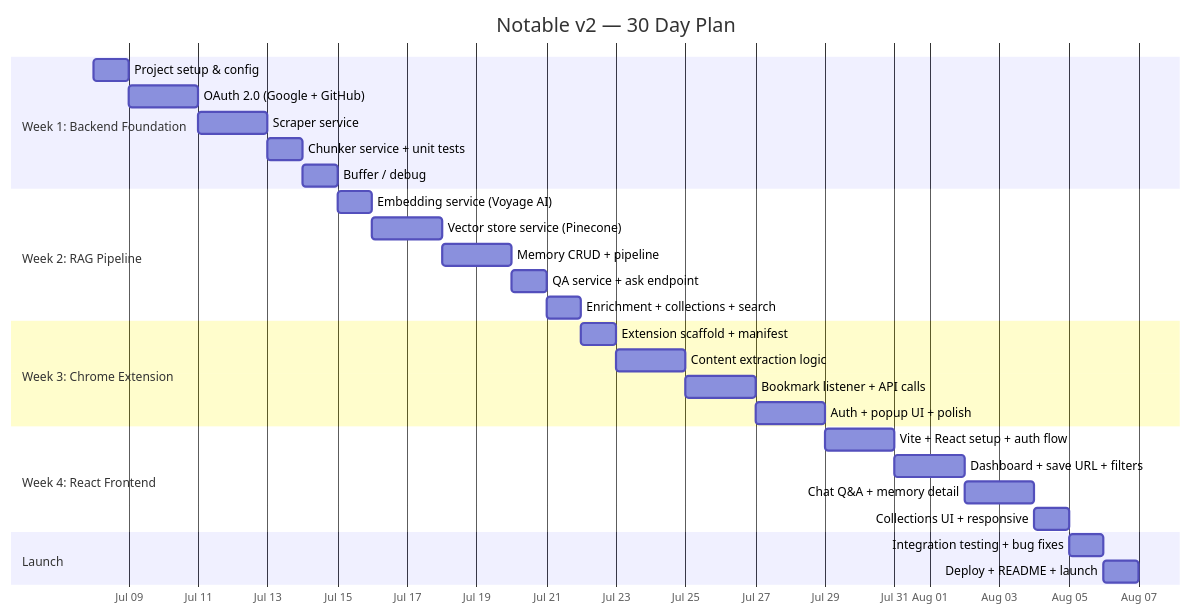
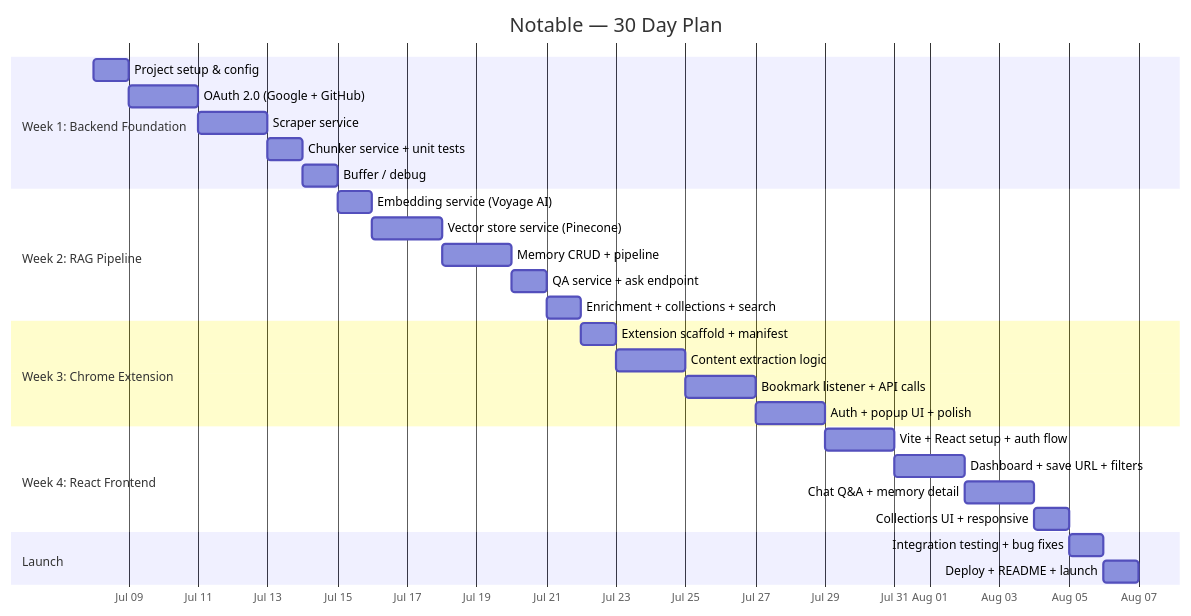
Before and after one commit to Sumedhvats/Notable: the fourth of 4 diagrams in implementation_plan.md, drawn with Mermaid. The commit also changed other lines of this file and 24 other files, not shown here.

````diff
--- a/implementation_plan.md
+++ b/implementation_plan.md
@@ -636,36 +673,36 @@
 ```mermaid
 gantt
-    title Notable v2 — 30 Day Plan
+    title Notable — 30 Day Plan
     dateFormat  YYYY-MM-DD
     axisFormat  %b %d
 
     section Week 1: Backend Foundation
     Project setup & config           :d1, 2026-07-08, 1d
     OAuth 2.0 (Google + GitHub)      :d2, after d1, 2d
     Scraper service                  :d4, after d2, 2d
     Chunker service + unit tests     :d6, after d4, 1d
     Buffer / debug                   :d7, after d6, 1d
 
     section Week 2: RAG Pipeline
     Embedding service (Voyage AI)    :d8, after d7, 1d
     Vector store service (Pinecone)  :d9, after d8, 2d
     Memory CRUD + pipeline           :d11, after d9, 2d
     QA service + ask endpoint        :d13, after d11, 1d
     Enrichment + collections + search:d14, after d13, 1d
 
     section Week 3: Chrome Extension
     Extension scaffold + manifest    :d15, after d14, 1d
     Content extraction logic         :d16, after d15, 2d
     Bookmark listener + API calls    :d18, after d16, 2d
     Auth + popup UI + polish         :d20, after d18, 2d
 
     section Week 4: React Frontend
     Vite + React setup + auth flow   :d22, after d20, 2d
     Dashboard + save URL + filters   :d24, after d22, 2d
     Chat Q&A + memory detail         :d26, after d24, 2d
     Collections UI + responsive      :d28, after d26, 1d
 
     section Launch
     Integration testing + bug fixes  :d29, after d28, 1d
     Deploy + README + launch         :d30, after d29, 1d
 ```
````
